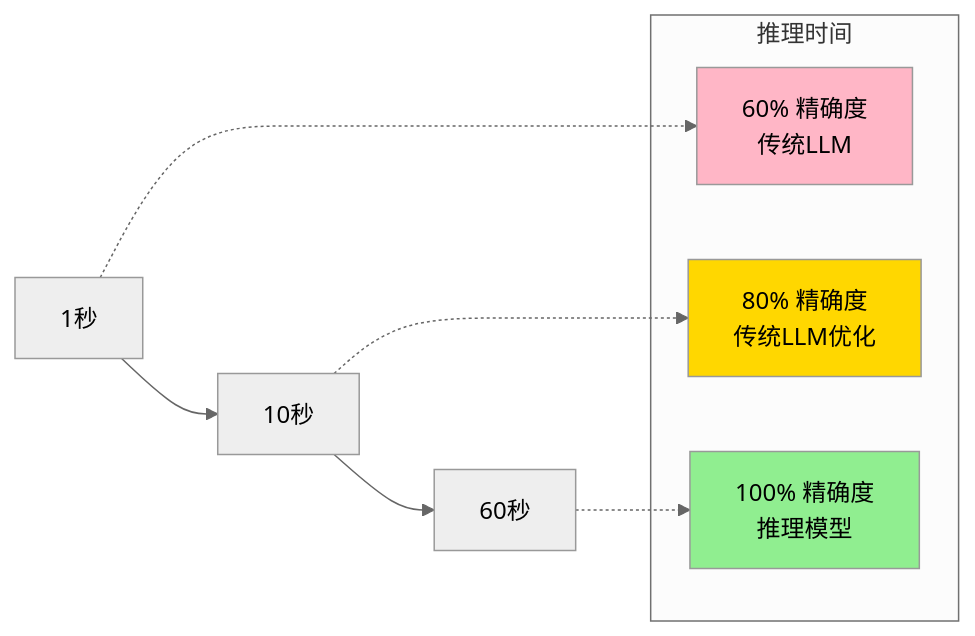
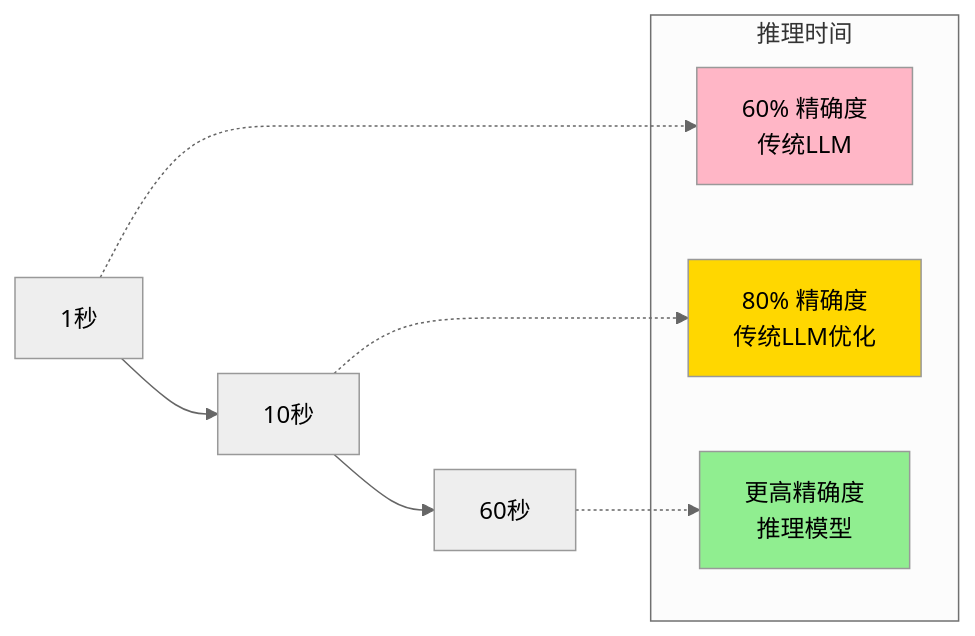
The seventh of 9 diagrams in 07_reasoning_models/7.3_inference_compute.md (yeasy/ai_beginner_guide), drawn with Mermaid (neutral theme) before and after one commit. The commit also changed 12 other files, not shown here.

````diff
--- a/07_reasoning_models/7.3_inference_compute.md
+++ b/07_reasoning_models/7.3_inference_compute.md
@@ -118,18 +118,18 @@
 ```mermaid
 graph LR
     A["1秒"] --> B["10秒"] --> C["60秒"]
 
     subgraph Speed["推理时间"]
         D["60% 精确度<br/>传统LLM"]
         E["80% 精确度<br/>传统LLM优化"]
-        F["100% 精确度<br/>推理模型"]
+        F["更高精确度<br/>推理模型"]
     end
 
     A -.-> D
     B -.-> E
     C -.-> F
 
     style D fill:#FFB6C6
     style E fill:#FFD700
     style F fill:#90EE90
 ```
````
